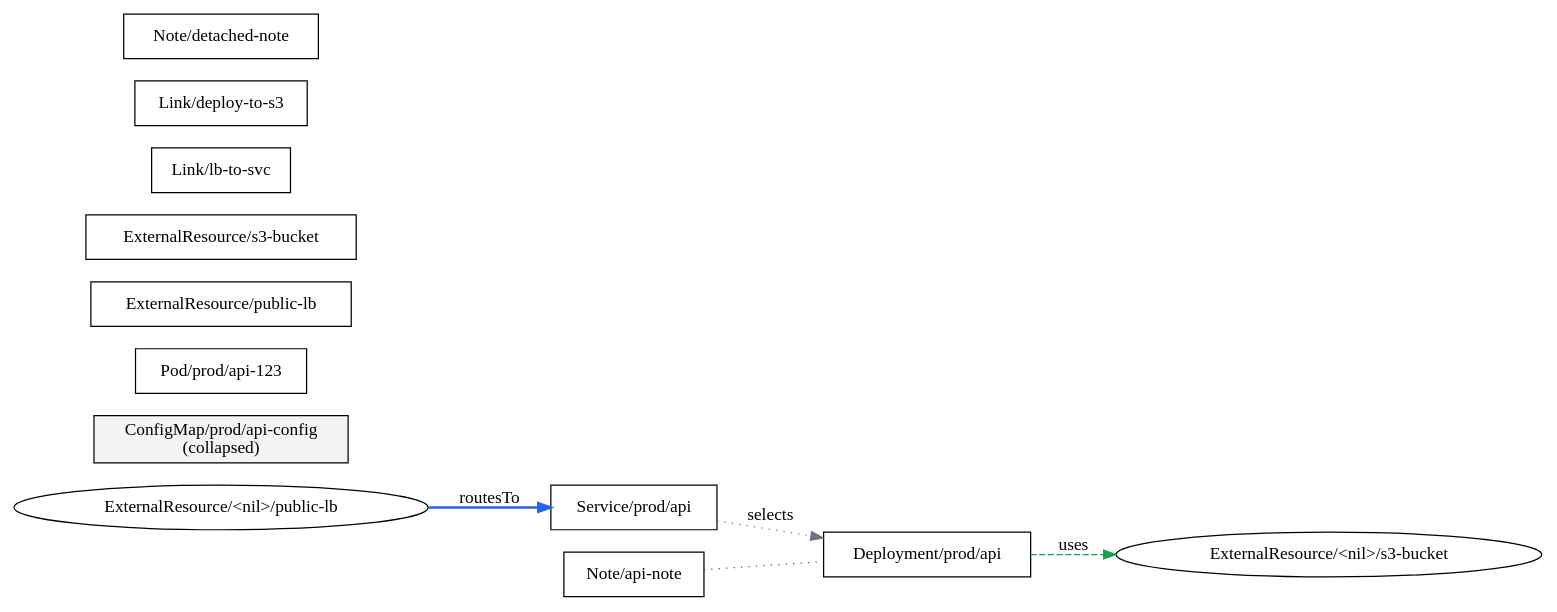
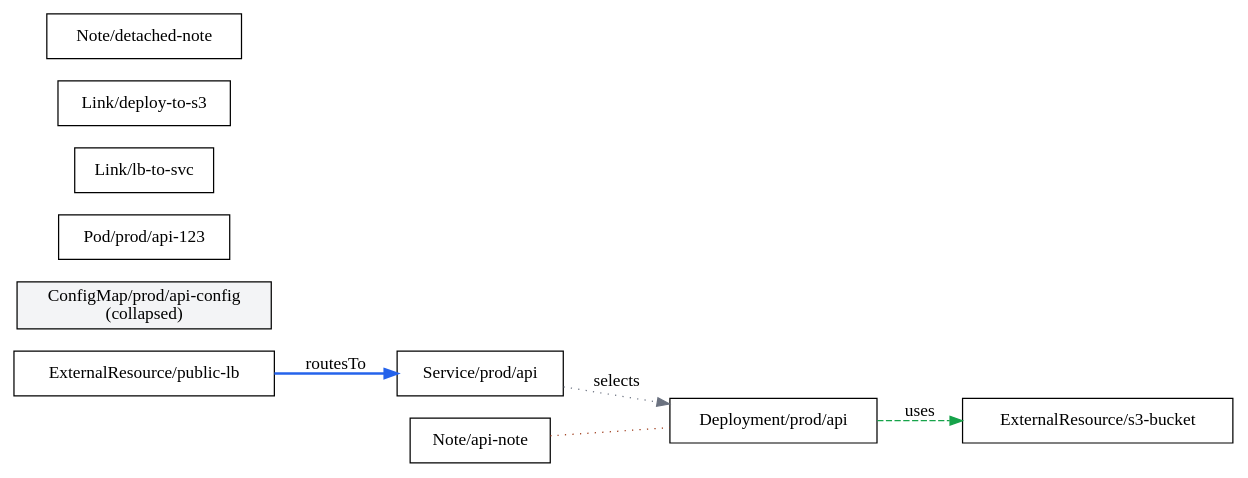
The diagram in outputs/iter2/frame-002.dot (jseguillon/modarch), drawn with Graphviz before and after one commit. The commit also changed 23 other files, not shown here.

Commit message:
Fix SVG frame divergence and stabilize graph rendering

```diff
--- a/outputs/iter2/frame-002.dot
+++ b/outputs/iter2/frame-002.dot
@@ -1,17 +1,17 @@
 digraph modarch {
   rankdir=LR;
   "Deployment/prod/api" [shape=box label="Deployment/prod/api"];
   "Service/prod/api" [shape=box label="Service/prod/api"];
   "ConfigMap/prod/api-config" [shape=box style=filled fillcolor="#f3f4f6" label="ConfigMap/prod/api-config\n(collapsed)"];
   "Pod/prod/api-123" [shape=box label="Pod/prod/api-123"];
   "ExternalResource/public-lb" [shape=box label="ExternalResource/public-lb"];
   "ExternalResource/s3-bucket" [shape=box label="ExternalResource/s3-bucket"];
   "Link/lb-to-svc" [shape=box label="Link/lb-to-svc"];
   "Link/deploy-to-s3" [shape=box label="Link/deploy-to-s3"];
   "Note/api-note" [shape=box label="Note/api-note"];
   "Note/detached-note" [shape=box label="Note/detached-note"];
+  "Deployment/prod/api" -> "ExternalResource/s3-bucket" [color="#16a34a",label="uses",style="dashed"];
+  "ExternalResource/public-lb" -> "Service/prod/api" [color="#2563eb",label="routesTo",penwidth="2"];
+  "Note/api-note" -> "Deployment/prod/api" [arrowhead="none",color="#9a3412",style="dotted"];
   "Service/prod/api" -> "Deployment/prod/api" [color="#6b7280",label="selects",style="dotted"];
-  "ExternalResource/<nil>/public-lb" -> "Service/prod/api" [color="#2563eb",label="routesTo",penwidth="2"];
-  "Deployment/prod/api" -> "ExternalResource/<nil>/s3-bucket" [color="#16a34a",label="uses",style="dashed"];
-  "Note/api-note" -> "Deployment/prod/api" [arrowhead="none",color="#9a3412",style="dotted"];
 }
```
